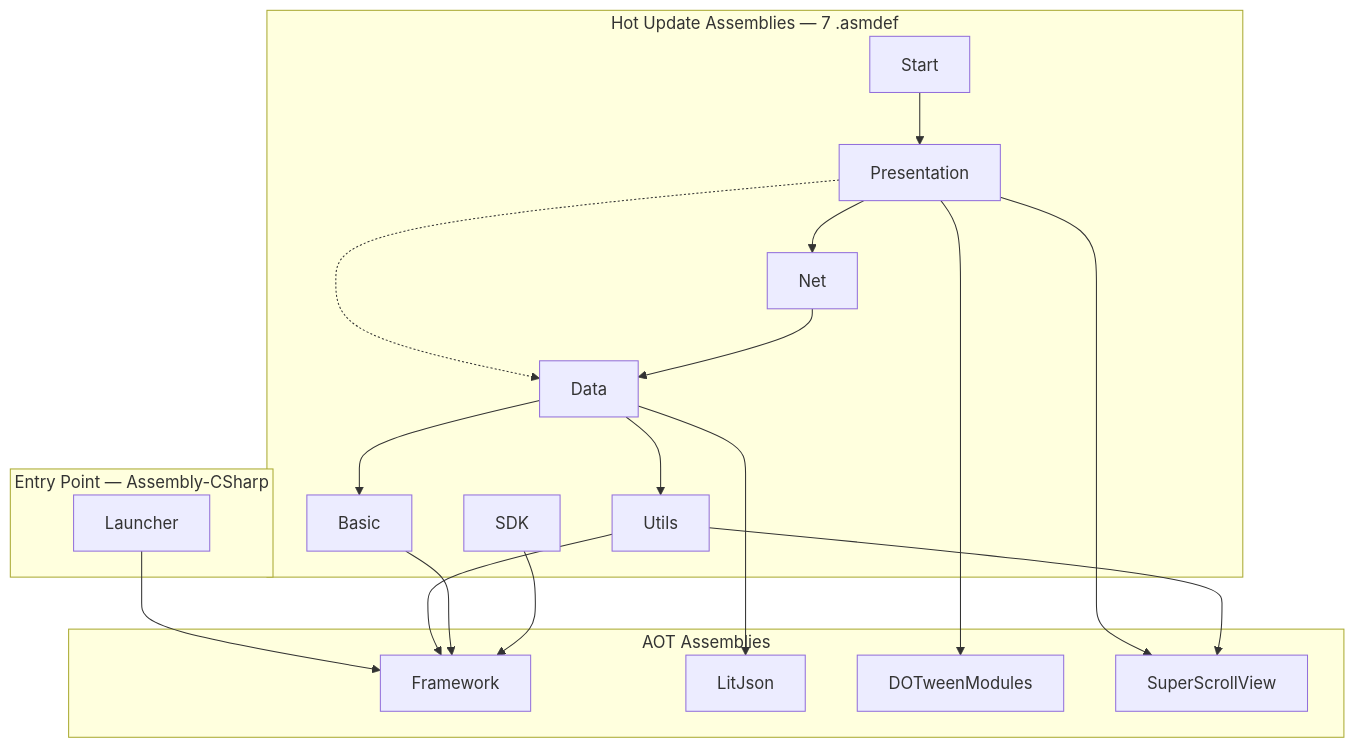
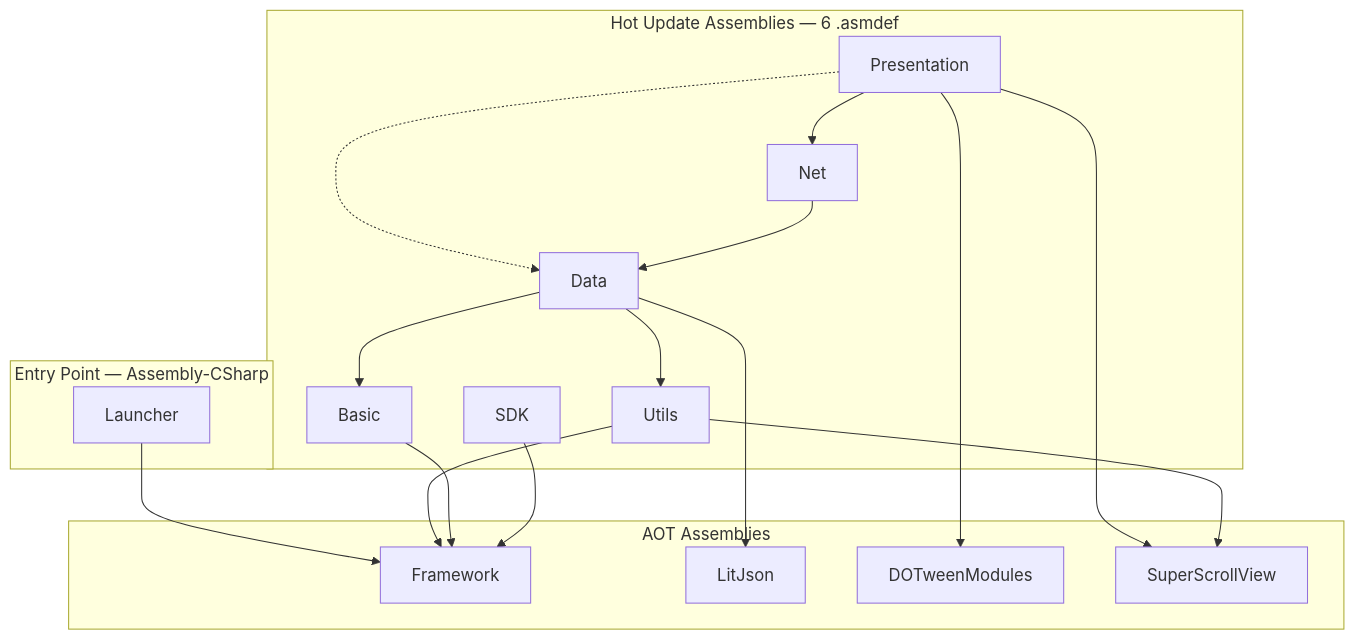
One commit to zlex001/LOA-Client changed the first of 6 diagrams in Documents/Architecture/客户端分层架构.md. Above: the diagram before and after it, drawn with Mermaid. The commit also changed other lines of this file and 16 other files, not shown here.

````diff
--- a/Documents/Architecture/客户端分层架构.md
+++ b/Documents/Architecture/客户端分层架构.md
@@ -4,39 +4,37 @@
 ```mermaid
 graph TB
     subgraph entry ["Entry Point — Assembly-CSharp"]
         Launcher[Launcher]
     end
 
-    subgraph hotUpdate ["Hot Update Assemblies — 7 .asmdef"]
-        Start[Start]
+    subgraph hotUpdate ["Hot Update Assemblies — 6 .asmdef"]
         Presentation[Presentation]
         Net[Net]
         Data[Data]
         Utils[Utils]
         Basic[Basic]
         SDK[SDK]
     end
 
     subgraph aot ["AOT Assemblies"]
         Framework[Framework]
         LitJson[LitJson]
         DOTweenModules[DOTweenModules]
         SuperScrollView[SuperScrollView]
     end
 
     Launcher --> Framework
 
-    Start --> Presentation
     Presentation --> Net
     Presentation -.-> Data
     Presentation --> DOTweenModules
     Presentation --> SuperScrollView
     Net --> Data
     Data --> Utils
     Data --> Basic
     Data --> LitJson
     Utils --> Framework
     Utils --> SuperScrollView
     Basic --> Framework
     SDK --> Framework
 ```
````
